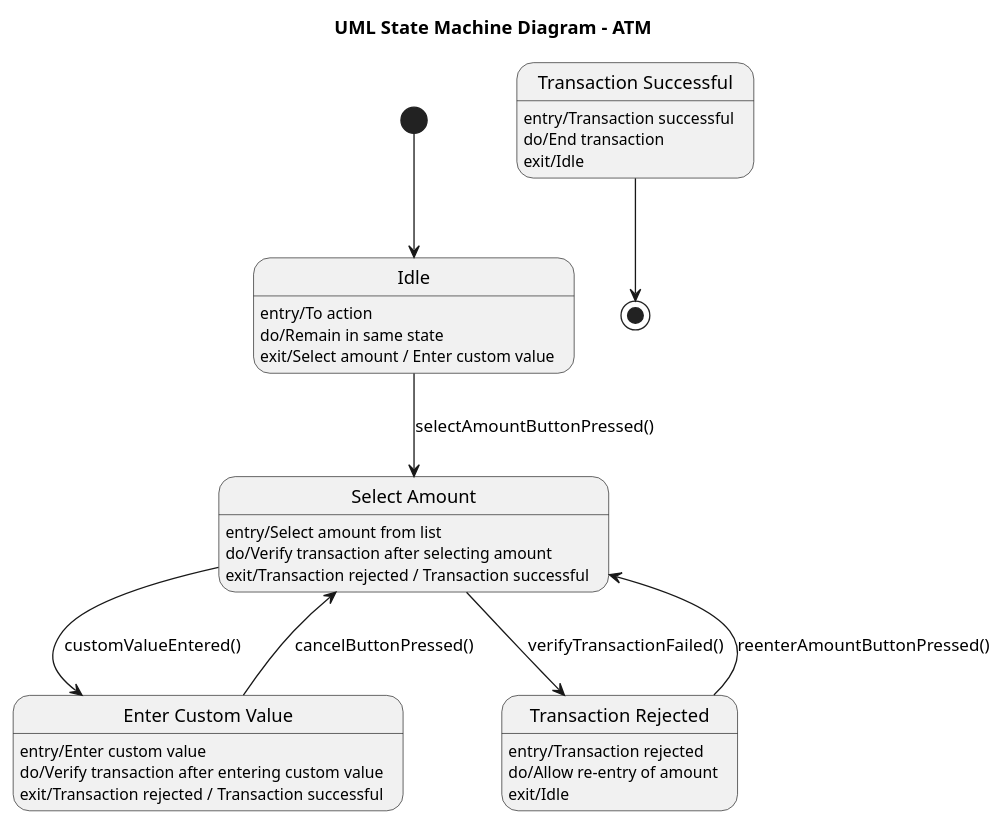
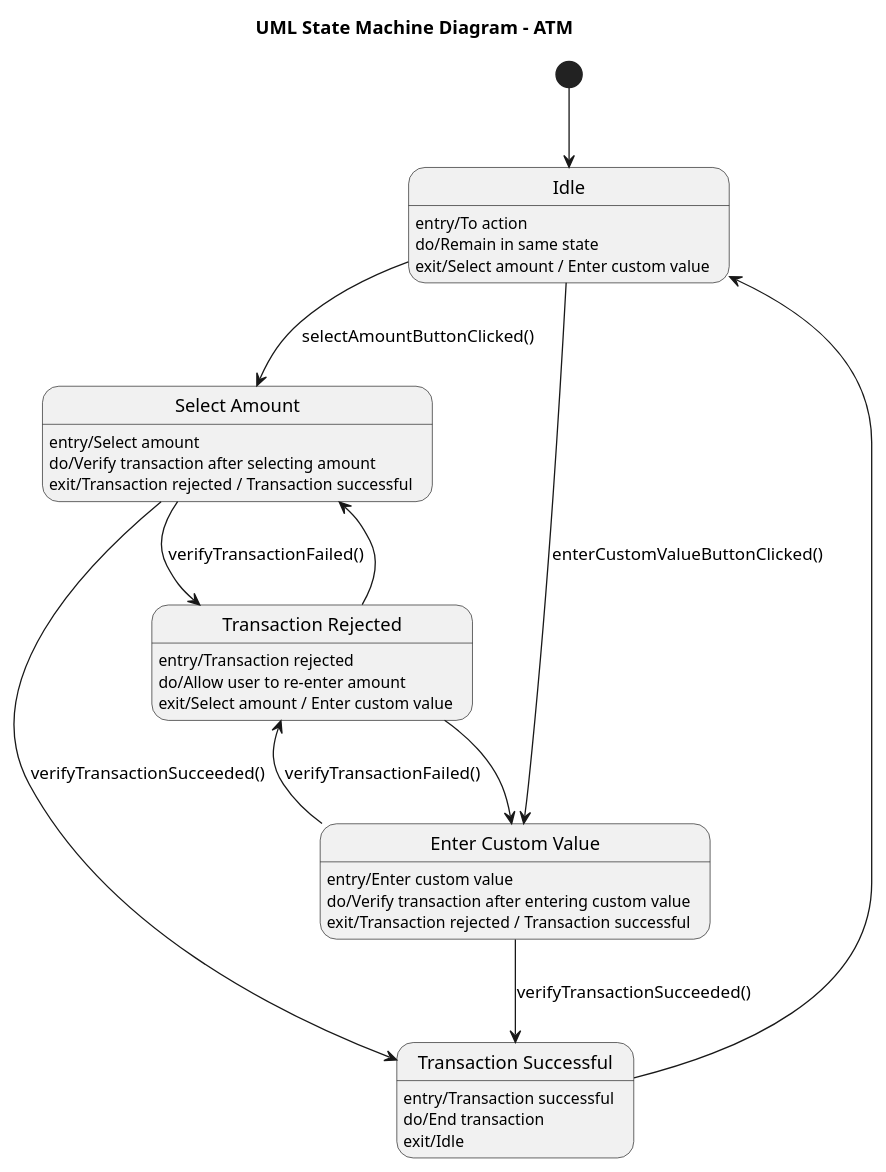
The diagram in results/plantuml_pipeline_run2/runs/open_source__llama31_8b_instruct__few_shot/case_60_atm_2/run_01.initial.puml (maimunafaria/State_transition_Diagram_generated_by_LLM), drawn with PlantUML before and after one commit. The commit also changed 472 other files, not shown here.

```diff
--- a/results/plantuml_pipeline_run2/runs/open_source__llama31_8b_instruct__few_shot/case_60_atm_2/run_01.initial.puml
+++ b/results/plantuml_pipeline_run2/runs/open_source__llama31_8b_instruct__few_shot/case_60_atm_2/run_01.initial.puml
@@ -1,40 +1,45 @@
 @startuml
 title UML State Machine Diagram - ATM
 
 state "Idle" as Idle
 Idle : entry/To action
 Idle : do/Remain in same state
 Idle : exit/Select amount / Enter custom value
 
 state "Select Amount" as SelectAmount
-SelectAmount : entry/Select amount from list
+SelectAmount : entry/Select amount
 SelectAmount : do/Verify transaction after selecting amount
 SelectAmount : exit/Transaction rejected / Transaction successful
 
 state "Enter Custom Value" as EnterCustomValue
 EnterCustomValue : entry/Enter custom value
 EnterCustomValue : do/Verify transaction after entering custom value
 EnterCustomValue : exit/Transaction rejected / Transaction successful
 
 state "Transaction Rejected" as TransactionRejected
 TransactionRejected : entry/Transaction rejected
-TransactionRejected : do/Allow re-entry of amount
-TransactionRejected : exit/Idle
+TransactionRejected : do/Allow user to re-enter amount
+TransactionRejected : exit/Select amount / Enter custom value
 
 state "Transaction Successful" as TransactionSuccessful
 TransactionSuccessful : entry/Transaction successful
 TransactionSuccessful : do/End transaction
 TransactionSuccessful : exit/Idle
 
 [*] --> Idle
 
-Idle --> SelectAmount : selectAmountButtonPressed()
-SelectAmount --> EnterCustomValue : customValueEntered()
+Idle --> SelectAmount : selectAmountButtonClicked()
+Idle --> EnterCustomValue : enterCustomValueButtonClicked()
 
-EnterCustomValue --> SelectAmount : cancelButtonPressed()
 SelectAmount --> TransactionRejected : verifyTransactionFailed()
+SelectAmount --> TransactionSuccessful : verifyTransactionSucceeded()
 
-TransactionRejected --> SelectAmount : reenterAmountButtonPressed()
-TransactionSuccessful --> [*]
+EnterCustomValue --> TransactionRejected : verifyTransactionFailed()
+EnterCustomValue --> TransactionSuccessful : verifyTransactionSucceeded()
+
+TransactionRejected --> SelectAmount
+TransactionRejected --> EnterCustomValue
+
+TransactionSuccessful --> Idle
 
 @enduml
```
